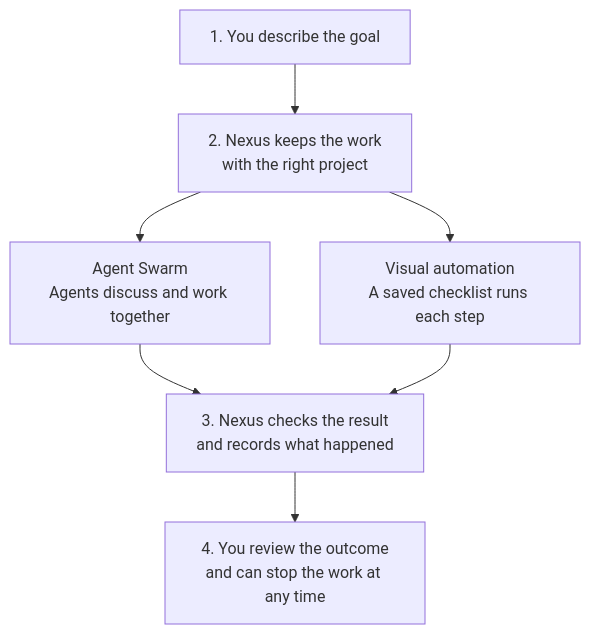
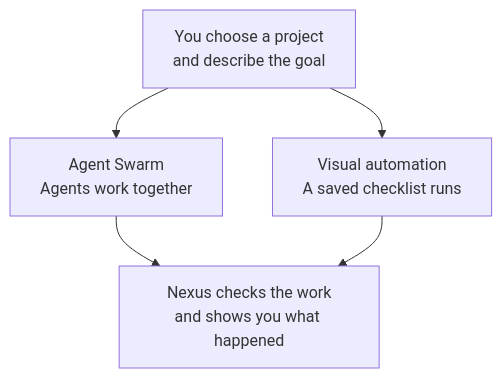
Before and after one commit to KZTP47/nexus-harness: the diagram in README.md, drawn with Mermaid. The commit also changed other lines of this file, not shown here.

Commit message:
Tighten README diagram for mobile

````diff
--- a/README.md
+++ b/README.md
@@ -32,16 +32,12 @@
 ```mermaid
 flowchart TB
-    Ask["1. You describe the goal"]
-    Project["2. Nexus keeps the work<br/>with the right project"]
-    Team["Agent Swarm<br/>Agents discuss and work together"]
-    Steps["Visual automation<br/>A saved checklist runs each step"]
-    Check["3. Nexus checks the result<br/>and records what happened"]
-    Result["4. You review the outcome<br/>and can stop the work at any time"]
+    Ask["You choose a project<br/>and describe the goal"]
+    Team["Agent Swarm<br/>Agents work together"]
+    Steps["Visual automation<br/>A saved checklist runs"]
+    Result["Nexus checks the work<br/>and shows you what happened"]
 
-    Ask --> Project
-    Project --> Team
-    Project --> Steps
-    Team --> Check
-    Steps --> Check
-    Check --> Result
+    Ask --> Team
+    Ask --> Steps
+    Team --> Result
+    Steps --> Result
 ```
````
